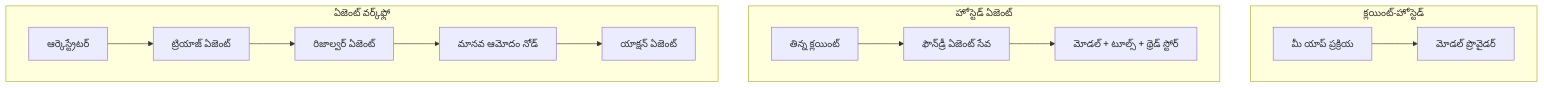
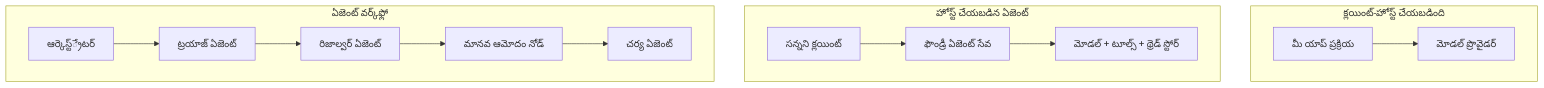
Before and after one commit to gabrielmoreira/agent-skills-mirror: the first of 4 diagrams in mirrors/repos/microsoft@ai-agents-for-beginners/translations/te/16-deploying-scalable-agents/README.md, drawn with Mermaid. The commit also changed other lines of this file and 3581 other files, not shown here.

````diff
--- a/mirrors/repos/microsoft@ai-agents-for-beginners/translations/te/16-deploying-scalable-agents/README.md
+++ b/mirrors/repos/microsoft@ai-agents-for-beginners/translations/te/16-deploying-scalable-agents/README.md
@@ -87,16 +87,16 @@
 ```mermaid
 flowchart TB
-    subgraph P1[క్లయింట్-హోస్టెడ్]
+    subgraph P1[క్లయింట్-హోస్ట్ చేయబడింది]
         A1[మీ యాప్ ప్రక్రియ] --> M1[మోడల్ ప్రొవైడర్]
     end
-    subgraph P2[హోస్టెడ్ ఏజెంట్]
-        A2[తిన్న క్లయింట్] --> F2[ఫౌన్‌డ్రీ ఏజెంట్ సేవ]
+    subgraph P2[హోస్ట్ చేయబడిన ఏజెంట్]
+        A2[సన్నని క్లయింట్] --> F2[ఫౌండ్రీ ఏజెంట్ సేవ]
         F2 --> M2[మోడల్ + టూల్స్ + థ్రెడ్ స్టోర్]
     end
     subgraph P3[ఏజెంట్ వర్క్‌ఫ్లో]
-        A3[ఆర్కెస్ట్రేటర్] --> S1[ట్రియాజ్ ఏజెంట్]
+        A3[ఆర్కెస్ట్‌్రేటర్] --> S1[ట్రయాజ్ ఏజెంట్]
         S1 --> S2[రిజాల్వర్ ఏజెంట్]
         S2 --> H[మానవ ఆమోదం నోడ్]
-        H --> S3[యాక్షన్ ఏజెంట్]
+        H --> S3[చర్య ఏజెంట్]
     end
 ```
````
